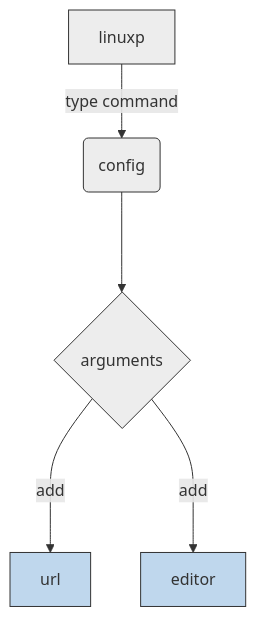
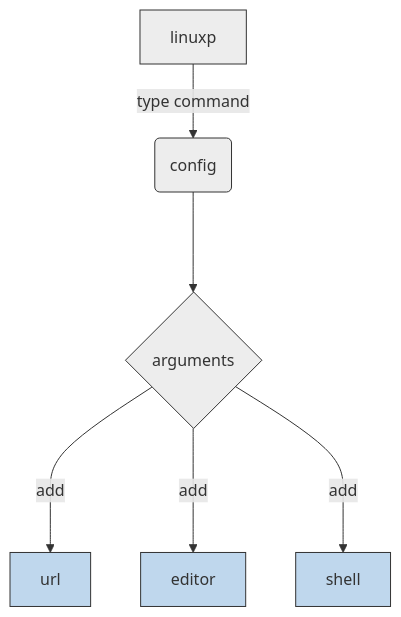
Before and after one commit to linux-profile/linux-profile: the diagram in docs/nav/commands/config/index.md, drawn with Mermaid. The commit also changed other lines of this file and 6 other files, not shown here.

````diff
--- a/docs/nav/commands/config/index.md
+++ b/docs/nav/commands/config/index.md
@@ -28,14 +29,16 @@
 ``` mermaid
 graph TD
     L[linuxp] -->|type command| c(config)
     c ---> option_c{arguments}
     option_c --->|add| arg_c_url[url]
     option_c --->|add| arg_c_editor[editor]
+    option_c --->|add| arg_c_shell[shell]
 
     style arg_c_url fill:#BFD7ED,stroke:#333
     style arg_c_editor fill:#BFD7ED,stroke:#333
+    style arg_c_shell fill:#BFD7ED,stroke:#333
 
     style L fill:#ededed,stroke:#333
     style c fill:#ededed,stroke:#333
     style option_c fill:#ededed,stroke:#333
 ```
````
